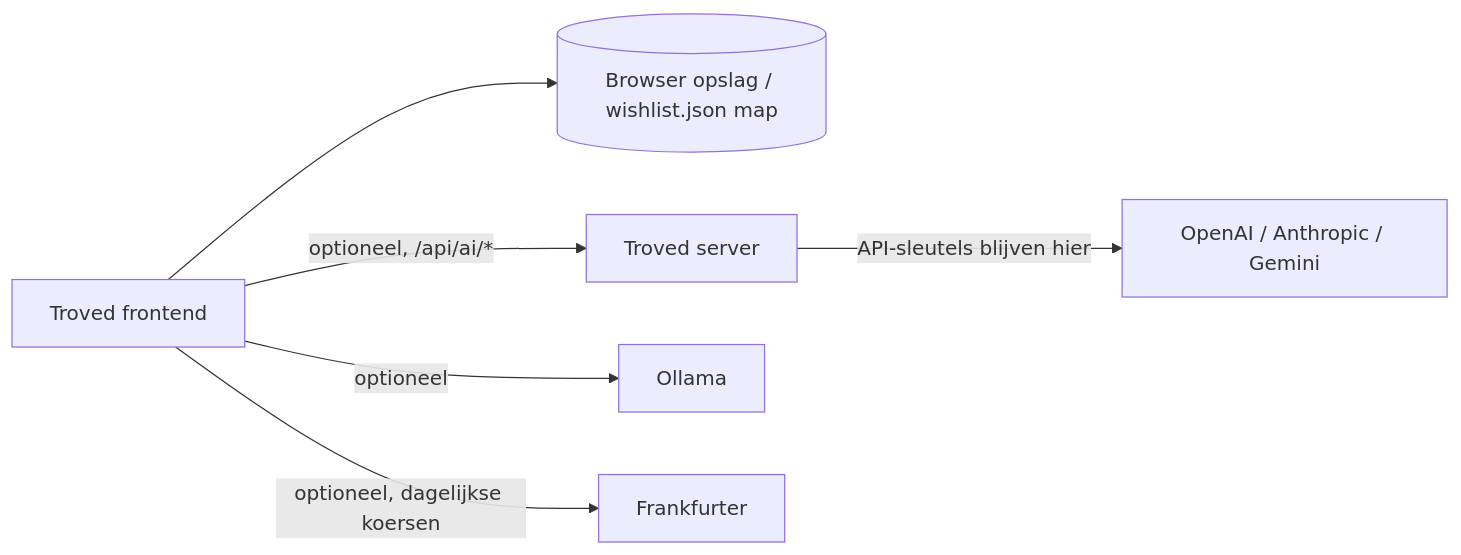
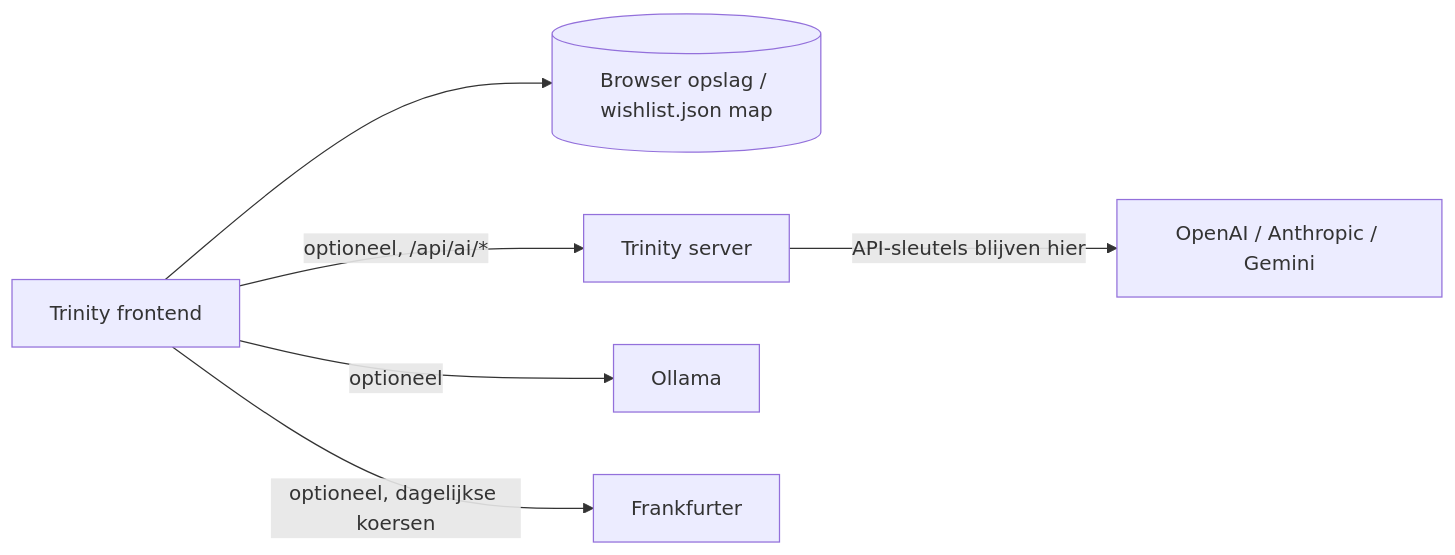
The diagram in README.nl.md (LukaG712/Trinity), drawn with Mermaid before and after one commit. The commit also changed other lines of this file and 32 other files, not shown here.

First line of the commit message:
Rename project from Troved to Trinity

````diff
--- a/README.nl.md
+++ b/README.nl.md
@@ -208,8 +207,8 @@
 ```mermaid
 flowchart LR
-    Browser[Troved frontend] --> Store[(Browser opslag / wishlist.json map)]
-    Browser -->|optioneel, /api/ai/*| Server[Troved server]
+    Browser[Trinity frontend] --> Store[(Browser opslag / wishlist.json map)]
+    Browser -->|optioneel, /api/ai/*| Server[Trinity server]
     Server -->|API-sleutels blijven hier| Cloud[OpenAI / Anthropic / Gemini]
     Browser -->|optioneel| Ollama[Ollama]
     Browser -->|optioneel, dagelijkse koersen| FX[Frankfurter]
 ```
````
